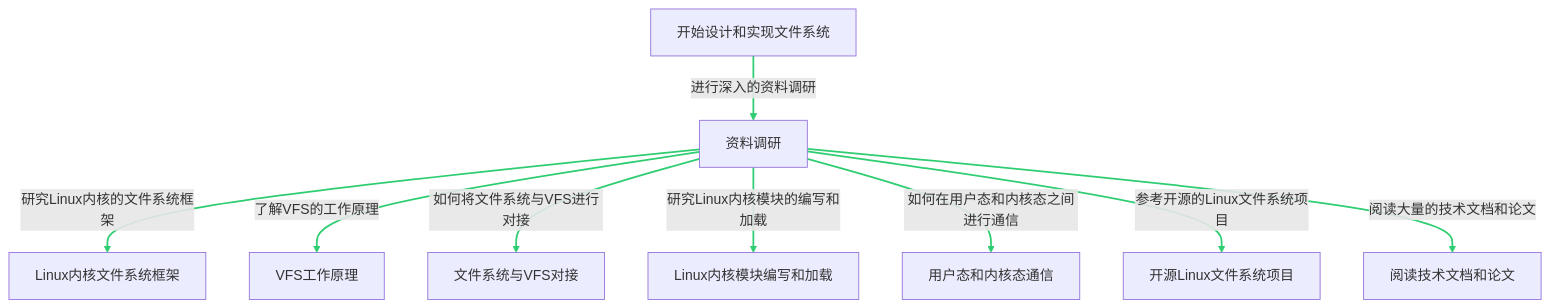
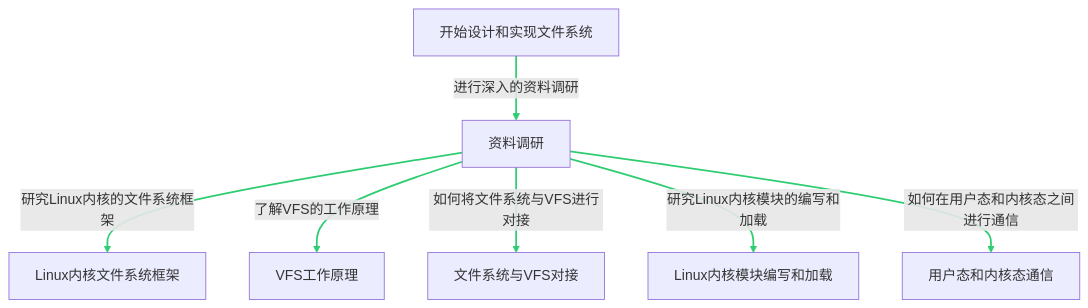
Before and after one commit to dekrt/revoFS: the first of 3 diagrams in README.md, drawn with Mermaid. The commit also changed other lines of this file, not shown here.

````diff
--- a/README.md
+++ b/README.md
@@ -25,20 +25,16 @@
 ```mermaid
 graph TB
   SD["开始设计和实现文件系统"]
   SD -- "进行深入的资料调研" --> DR["资料调研"]
   DR -- "研究Linux内核的文件系统框架" --> LK["Linux内核文件系统框架"]
   DR -- "了解VFS的工作原理" --> VFS["VFS工作原理"]
   DR -- "如何将文件系统与VFS进行对接" --> IV["文件系统与VFS对接"]
   DR -- "研究Linux内核模块的编写和加载" --> LM["Linux内核模块编写和加载"]
   DR -- "如何在用户态和内核态之间进行通信" --> UC["用户态和内核态通信"]
-  DR -- "参考开源的Linux文件系统项目" --> OS["开源Linux文件系统项目"]
-  DR -- "阅读大量的技术文档和论文" --> RD["阅读技术文档和论文"]
   linkStyle 0 stroke:#2ecd71,stroke-width:2px;
   linkStyle 1 stroke:#2ecd71,stroke-width:2px;
   linkStyle 2 stroke:#2ecd71,stroke-width:2px;
   linkStyle 3 stroke:#2ecd71,stroke-width:2px;
   linkStyle 4 stroke:#2ecd71,stroke-width:2px;
   linkStyle 5 stroke:#2ecd71,stroke-width:2px;
-  linkStyle 6 stroke:#2ecd71,stroke-width:2px;
-  linkStyle 7 stroke:#2ecd71,stroke-width:2px;
 ```
````
